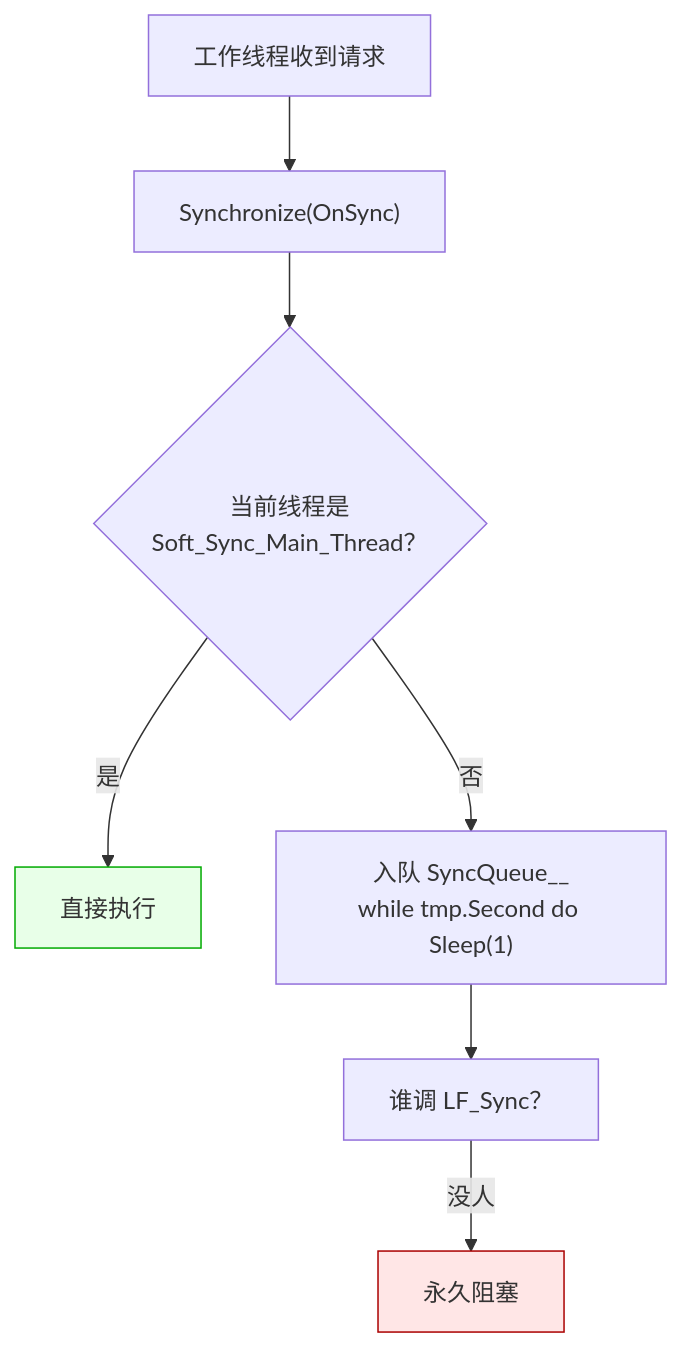
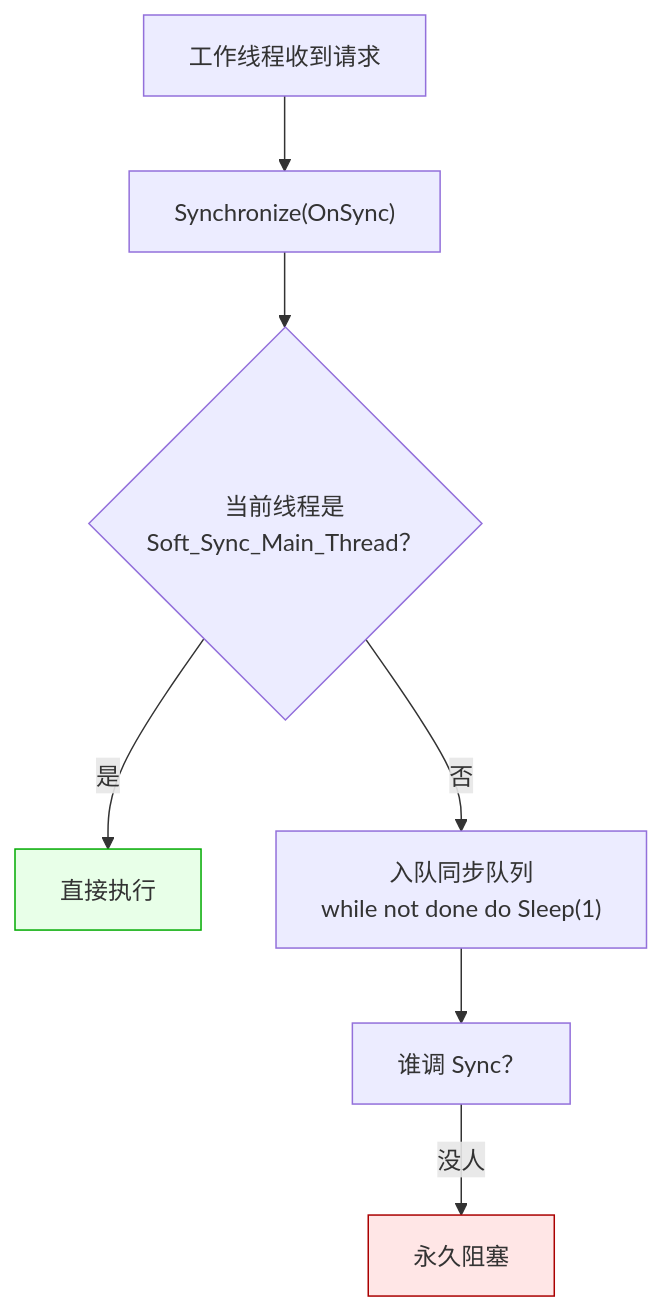
One commit to PassByYou888/LingoFuse changed the fourth of 4 diagrams in doc/LF_Simulated_Main_Thread.md. Above: the diagram before and after it, drawn with Mermaid. The commit also changed other lines of this file, not shown here.

````diff
--- a/doc/LF_Simulated_Main_Thread.md
+++ b/doc/LF_Simulated_Main_Thread.md
@@ -108,12 +103,12 @@
 ```mermaid
 flowchart TD
     A["工作线程收到请求"] --> B["Synchronize(OnSync)"]
     B --> C{"当前线程是<br/>Soft_Sync_Main_Thread？"}
     C -- 是 --> D["直接执行"]
-    C -- 否 --> E["入队 SyncQueue__<br/>while tmp.Second do Sleep(1)"]
-    E --> F["谁调 LF_Sync？"]
+    C -- 否 --> E["入队同步队列<br/>while not done do Sleep(1)"]
+    E --> F["谁调 Sync？"]
     F -- "没人" --> G["永久阻塞"]
 
     style G fill:#ffe6e6,stroke:#a00
     style D fill:#e8ffe8,stroke:#0a0
 ```
````
